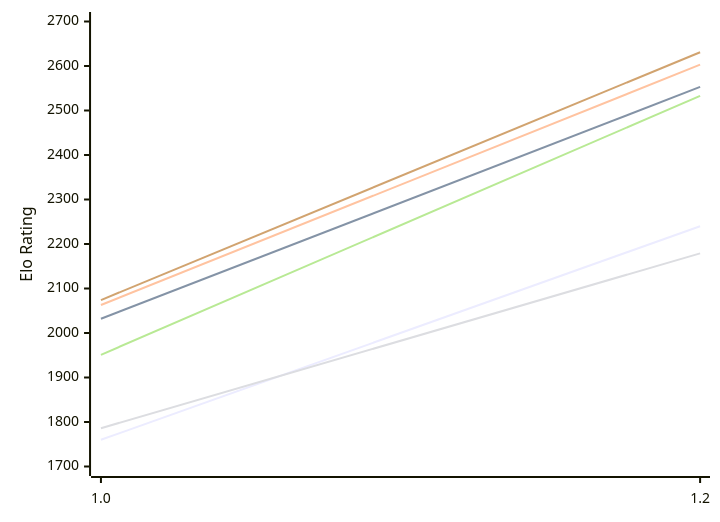
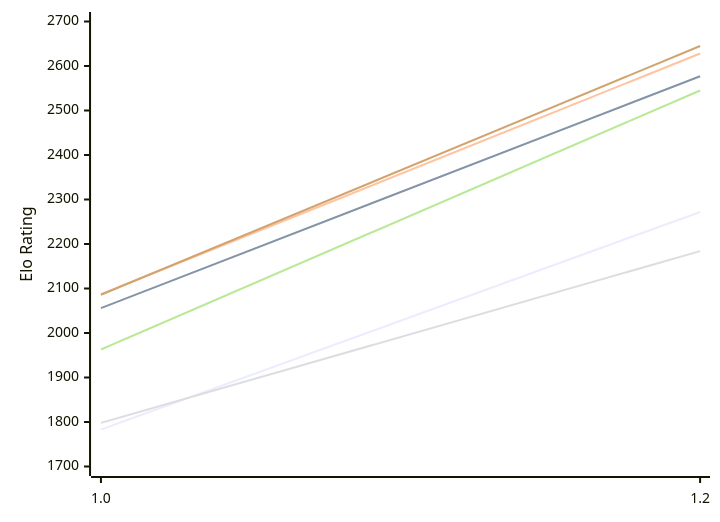
Before and after one commit to computer-chess-index/cci: the first of 2 diagrams in engines/Echekinator.md, drawn with Mermaid. The commit also changed other lines of this file, not shown here.

Commit message:
Update CCI Ratings (ELO VLTC) - 2026-10-24

````diff
--- a/engines/Echekinator.md
+++ b/engines/Echekinator.md
@@ -50,12 +50,12 @@
 ```mermaid
 %%{init: {"theme":"base","themeVariables":{"seriesColors:['#a3a3a3','#222221','#faa371']}}}%%
 xychart-beta
   x-axis ["1.0", "1.2"]
   y-axis "Elo Rating" 1700 --> 2700
-  line "E1: STC (8.0+0.08s)" [1760, 2240]
-  line "E1: LTC (60.0+0.60s)" [2032, 2553]
-  line "E1: VLTC (2m24s+1.12s)" [2063, 2603]
-  line "P1: STC (8.0+0.08s)" [1786, 2179]
-  line "P1: LTC (60.0+0.60s)" [1951, 2533]
-  line "P1: VLTC (2m24s+1.12s)" [2074, 2631]
+  line "E1: STC (8.0+0.08s)" [1783, 2272]
+  line "E1: LTC (60.0+0.60s)" [2056, 2577]
+  line "E1: VLTC (2m24s+1.12s)" [2087, 2628]
+  line "P1: STC (8.0+0.08s)" [1798, 2184]
+  line "P1: LTC (60.0+0.60s)" [1963, 2545]
+  line "P1: VLTC (2m24s+1.12s)" [2086, 2645]
 ```
````
